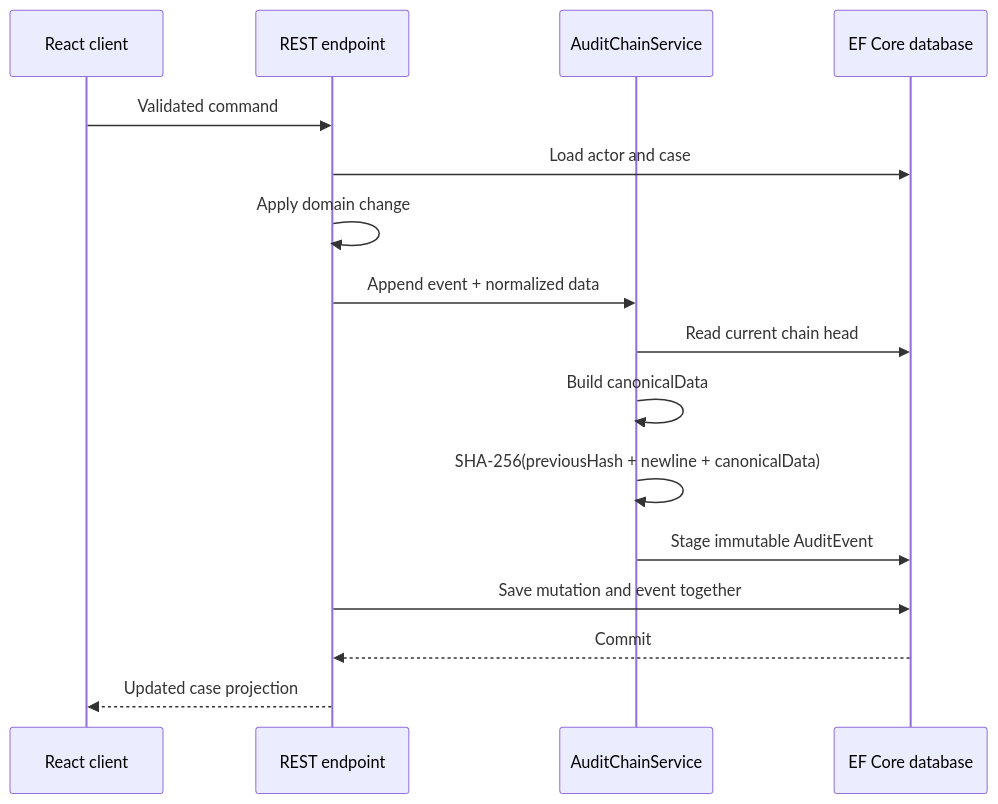
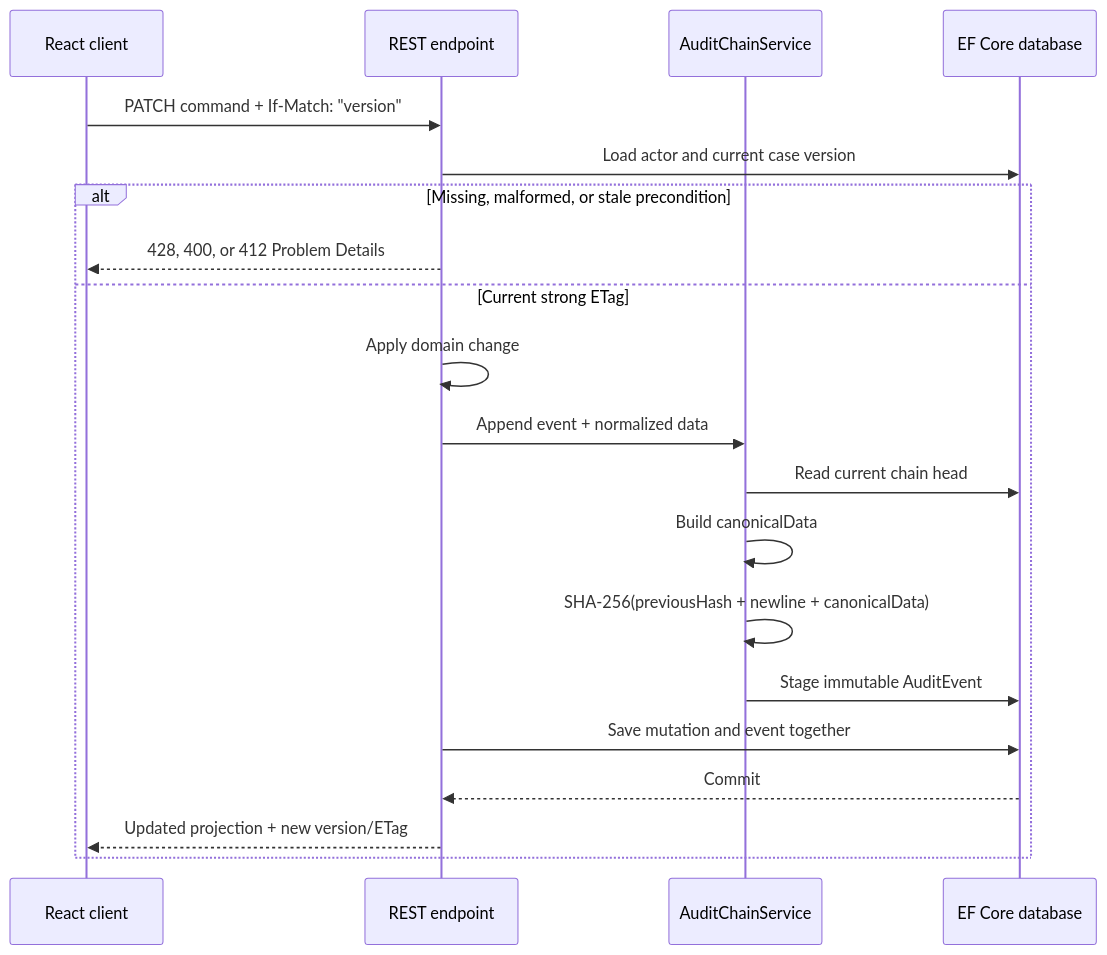
The third of 3 diagrams in docs/architecture.md (MarvelousJade/CaseLedger), drawn with Mermaid before and after one commit. The commit also changed other lines of this file and 2 other files, not shown here.

````diff
--- a/docs/architecture.md
+++ b/docs/architecture.md
@@ -93,19 +140,23 @@
 ```mermaid
 sequenceDiagram
     participant UI as React client
     participant API as REST endpoint
     participant Audit as AuditChainService
     participant DB as EF Core database
 
-    UI->>API: Validated command
-    API->>DB: Load actor and case
-    API->>API: Apply domain change
-    API->>Audit: Append event + normalized data
-    Audit->>DB: Read current chain head
-    Audit->>Audit: Build canonicalData
-    Audit->>Audit: SHA-256(previousHash + newline + canonicalData)
-    Audit->>DB: Stage immutable AuditEvent
-    API->>DB: Save mutation and event together
-    DB-->>API: Commit
-    API-->>UI: Updated case projection
+    UI->>API: PATCH command + If-Match: "version"
+    API->>DB: Load actor and current case version
+    alt Missing, malformed, or stale precondition
+        API-->>UI: 428, 400, or 412 Problem Details
+    else Current strong ETag
+        API->>API: Apply domain change
+        API->>Audit: Append event + normalized data
+        Audit->>DB: Read current chain head
+        Audit->>Audit: Build canonicalData
+        Audit->>Audit: SHA-256(previousHash + newline + canonicalData)
+        Audit->>DB: Stage immutable AuditEvent
+        API->>DB: Save mutation and event together
+        DB-->>API: Commit
+        API-->>UI: Updated projection + new version/ETag
+    end
 ```
````
